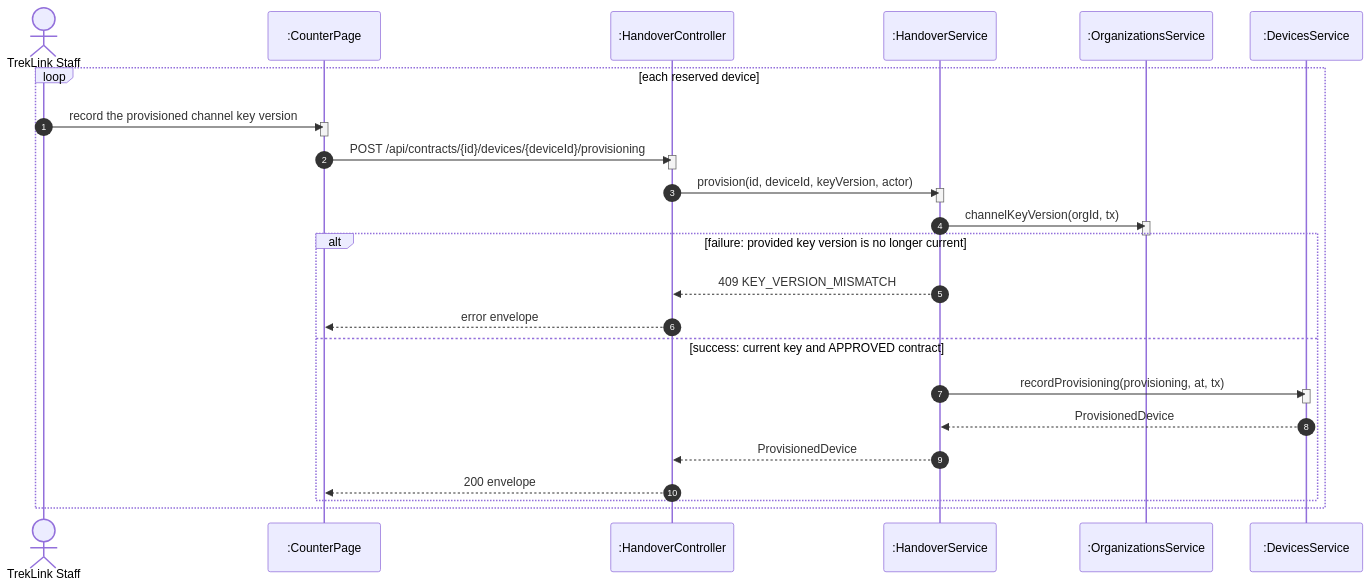
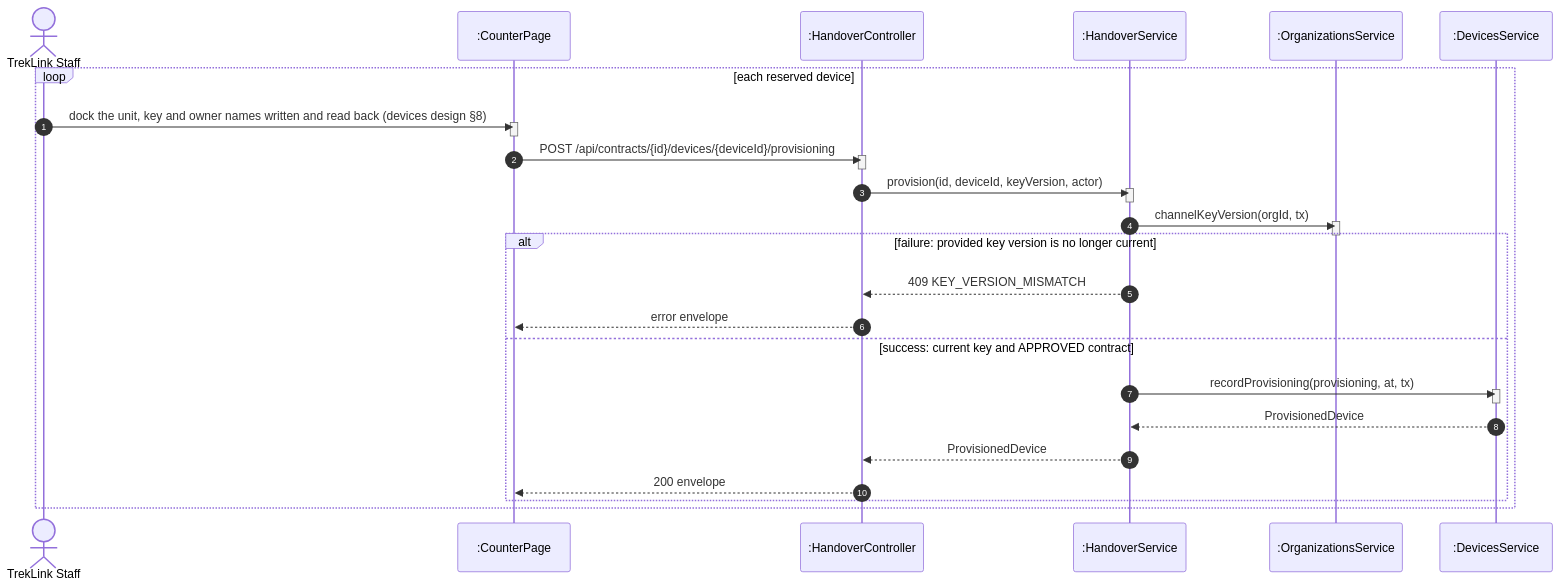
Diagram 19 of 29 in specs/rentals/design.md (TrekLink-Team/treklink-web), drawn with Mermaid before and after one commit. The commit also changed other lines of this file and 6 other files, not shown here.

````diff
--- a/specs/rentals/design.md
+++ b/specs/rentals/design.md
@@ -835,35 +837,35 @@
 ```mermaid
 sequenceDiagram
     autonumber
     actor St as TrekLink Staff
     participant P as :CounterPage
     participant C as :HandoverController
     participant H as :HandoverService
     participant O as :OrganizationsService
     participant D as :DevicesService
     loop each reserved device
-        St->>P: record the provisioned channel key version
+        St->>P: dock the unit, key and owner names written and read back (devices design §8)
         activate P
         deactivate P
         P->>C: POST /api/contracts/{id}/devices/{deviceId}/provisioning
         activate C
         deactivate C
         C->>H: provision(id, deviceId, keyVersion, actor)
         activate H
         deactivate H
         H->>O: channelKeyVersion(orgId, tx)
         activate O
         deactivate O
         alt failure: provided key version is no longer current
             H-->>C: 409 KEY_VERSION_MISMATCH
             C-->>P: error envelope
         else success: current key and APPROVED contract
             H->>D: recordProvisioning(provisioning, at, tx)
             activate D
             deactivate D
             D-->>H: ProvisionedDevice
             H-->>C: ProvisionedDevice
             C-->>P: 200 envelope
         end
     end
 ```
````
